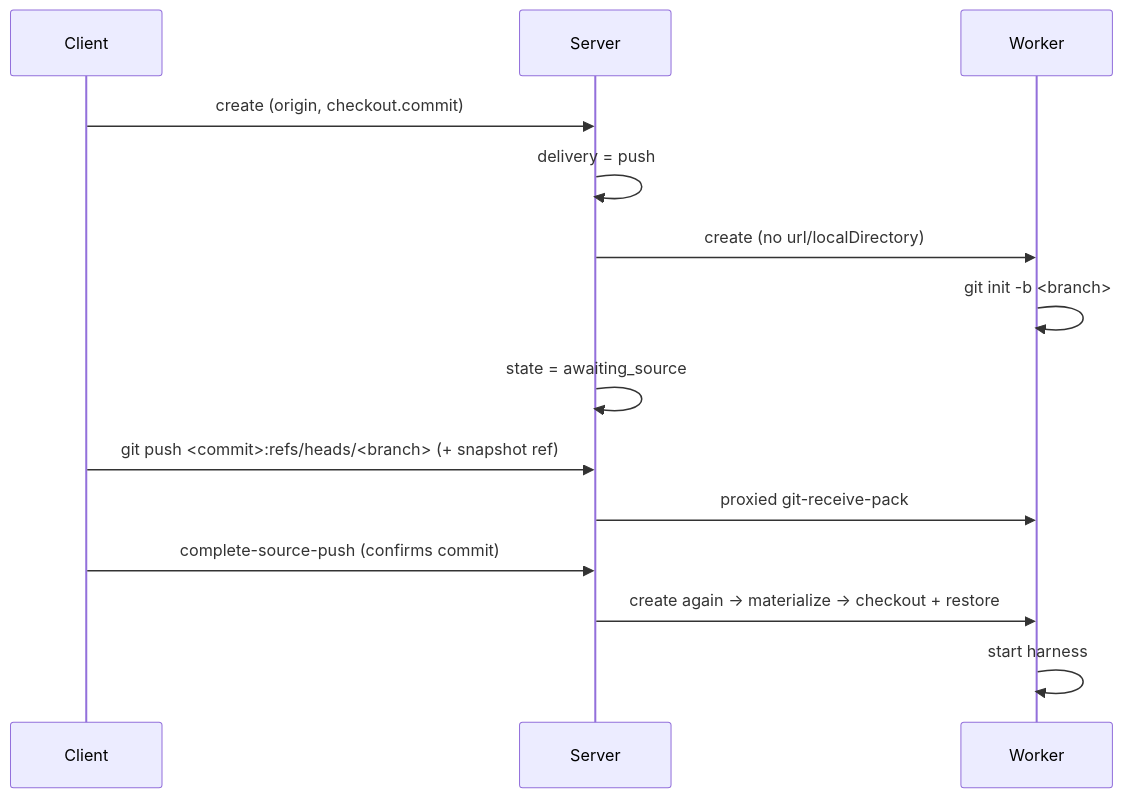
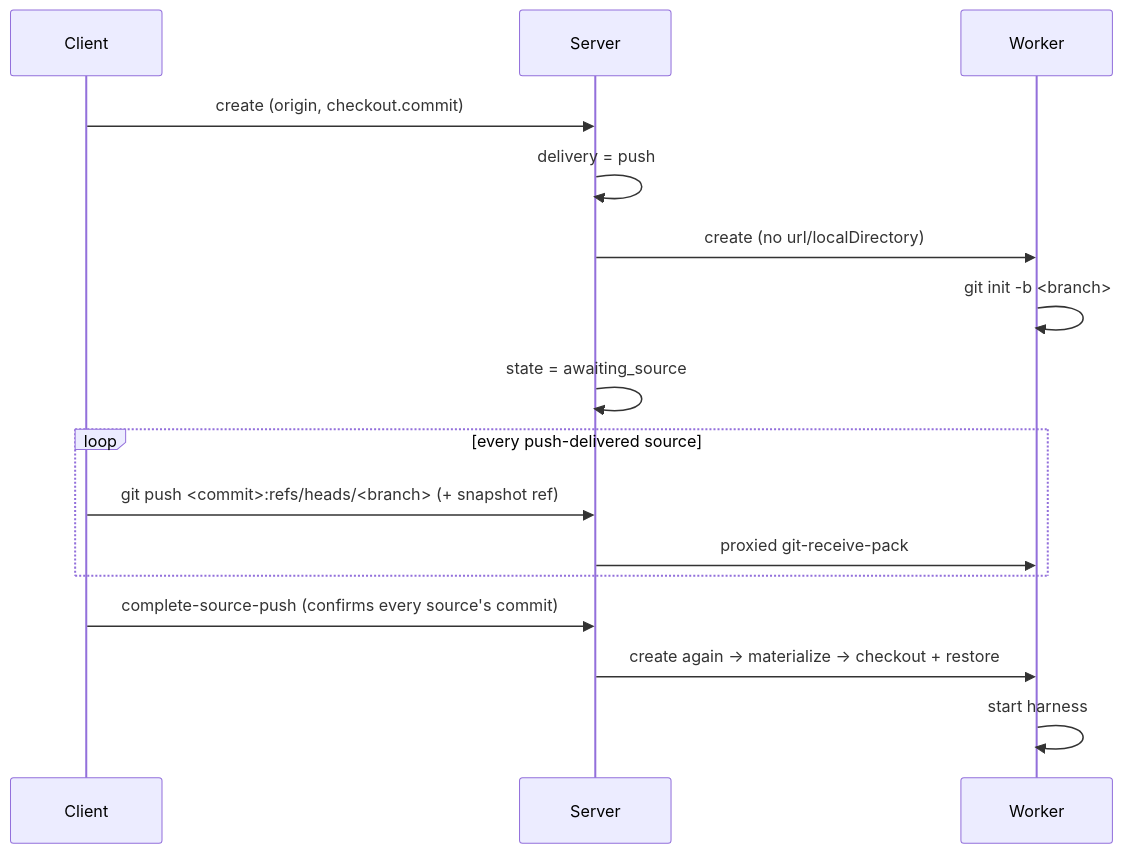
One commit to discobox-ai/discobox changed the second of 2 diagrams in server/internal/resources/sandboxes/DESIGN.md. Above: the diagram before and after it, drawn with Mermaid. The commit also changed other lines of this file and 17 other files, not shown here.

````diff
--- a/server/internal/resources/sandboxes/DESIGN.md
+++ b/server/internal/resources/sandboxes/DESIGN.md
@@ -245,16 +252,18 @@
 ```mermaid
 sequenceDiagram
     participant C as Client
     participant S as Server
     participant W as Worker
     C->>S: create (origin, checkout.commit)
     S->>S: delivery = push
     S->>W: create (no url/localDirectory)
     W->>W: git init -b <branch>
     S->>S: state = awaiting_source
-    C->>S: git push <commit>:refs/heads/<branch> (+ snapshot ref)
-    S->>W: proxied git-receive-pack
-    C->>S: complete-source-push (confirms commit)
+    loop every push-delivered source
+        C->>S: git push <commit>:refs/heads/<branch> (+ snapshot ref)
+        S->>W: proxied git-receive-pack
+    end
+    C->>S: complete-source-push (confirms every source's commit)
     S->>W: create again → materialize → checkout + restore
     W->>W: start harness
 ```
````
